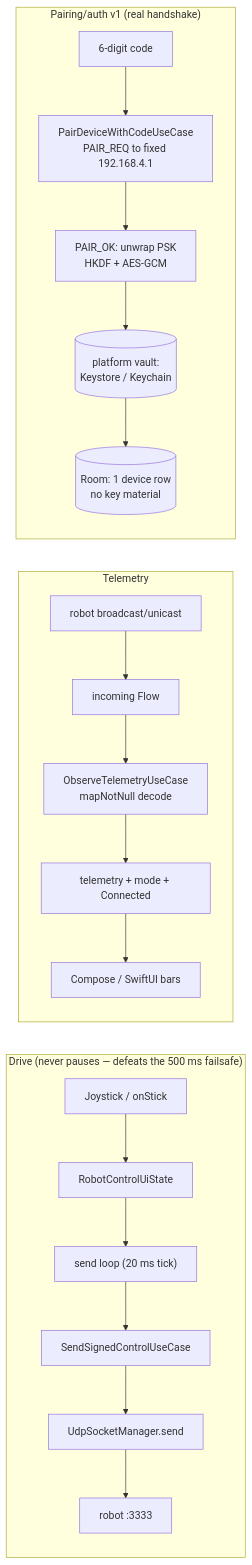
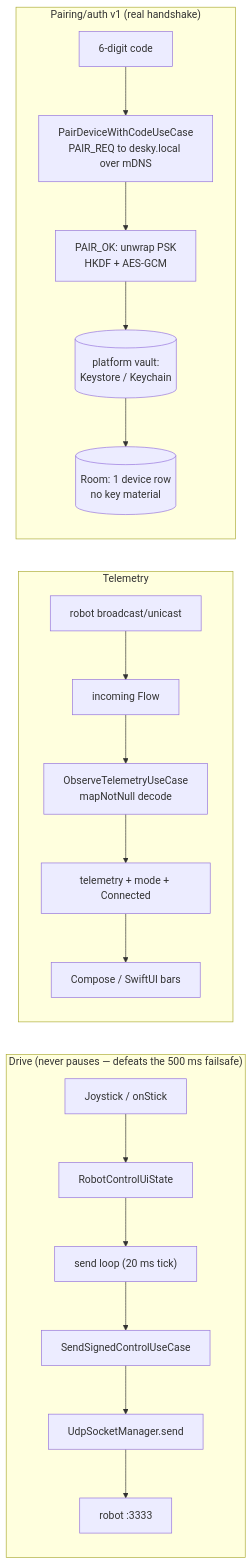
One commit to 6ameDev/desky changed the third of 3 diagrams in client/ARCHITECTURE.md. Above: the diagram before and after it, drawn with Mermaid. The commit also changed 29 other files, not shown here.

````diff
--- a/client/ARCHITECTURE.md
+++ b/client/ARCHITECTURE.md
@@ -91,22 +91,22 @@
 ```mermaid
 graph LR
     subgraph Outbound["Drive (never pauses — defeats the 500 ms failsafe)"]
         J[Joystick / onStick] --> S[RobotControlUiState]
         S --> L["send loop (20 ms tick)"]
         L --> U1[SendSignedControlUseCase]
         U1 --> SOCK[UdpSocketManager.send]
         SOCK --> R[robot :3333]
     end
     subgraph Inbound["Telemetry"]
         R2[robot broadcast/unicast] --> INC[incoming Flow]
         INC --> TU[ObserveTelemetryUseCase<br/>mapNotNull decode]
         TU --> ST[telemetry + mode + Connected]
         ST --> UI[Compose / SwiftUI bars]
     end
     subgraph Pairing["Pairing/auth v1 (real handshake)"]
-        CODE[6-digit code] --> REQ[PairDeviceWithCodeUseCase<br/>PAIR_REQ to fixed 192.168.4.1]
+        CODE[6-digit code] --> REQ[PairDeviceWithCodeUseCase<br/>PAIR_REQ to desky.local over mDNS]
         REQ --> OK[PAIR_OK: unwrap PSK<br/>HKDF + AES-GCM]
         OK --> VAULT[(platform vault:<br/>Keystore / Keychain)]
         VAULT --> DB[(Room: 1 device row<br/>no key material)]
     end
 ```
````
